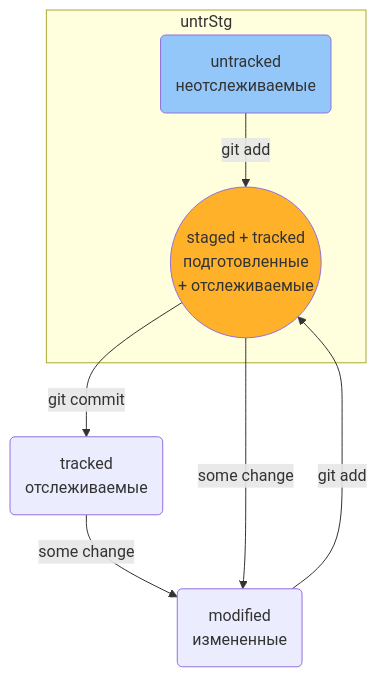
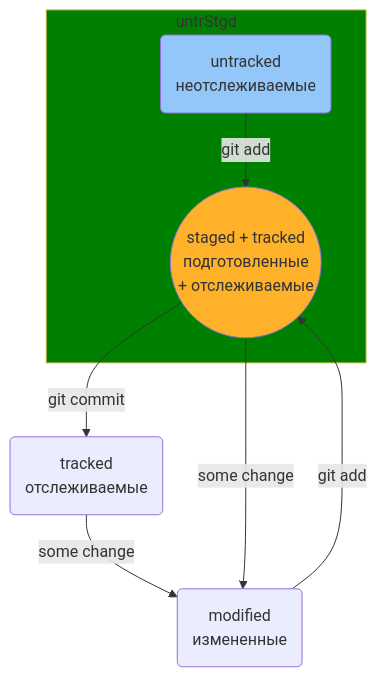
The diagram in README.md (AleksandrVakarin/GitInstructionMermaid), drawn with Mermaid before and after one commit. The commit also changed other lines of this file, not shown here.

````diff
--- a/README.md
+++ b/README.md
@@ -93,20 +93,21 @@
 ```mermaid
 flowchart TD;
 	
 	stgd((staged + tracked<br>подготовленные<br> + отслеживаемые))
 	mdf(modified<br>измененные)
 	untr(untracked<br>неотслеживаемые)
 	trcd(tracked<br>отслеживаемые)
 
-	subgraph untrStg
+	subgraph untrStgd
 		untr-- git add -->stgd
 	end
 
 	stgd -- git commit -->trcd
 	trcd-- some change -->mdf
 	mdf-- git add --> stgd
 	stgd-- some change -->mdf
 
 	style stgd fill: #FFB129
 	style untr fill: #93C7FA
+	style untrStgd fill: green
 ```
````
